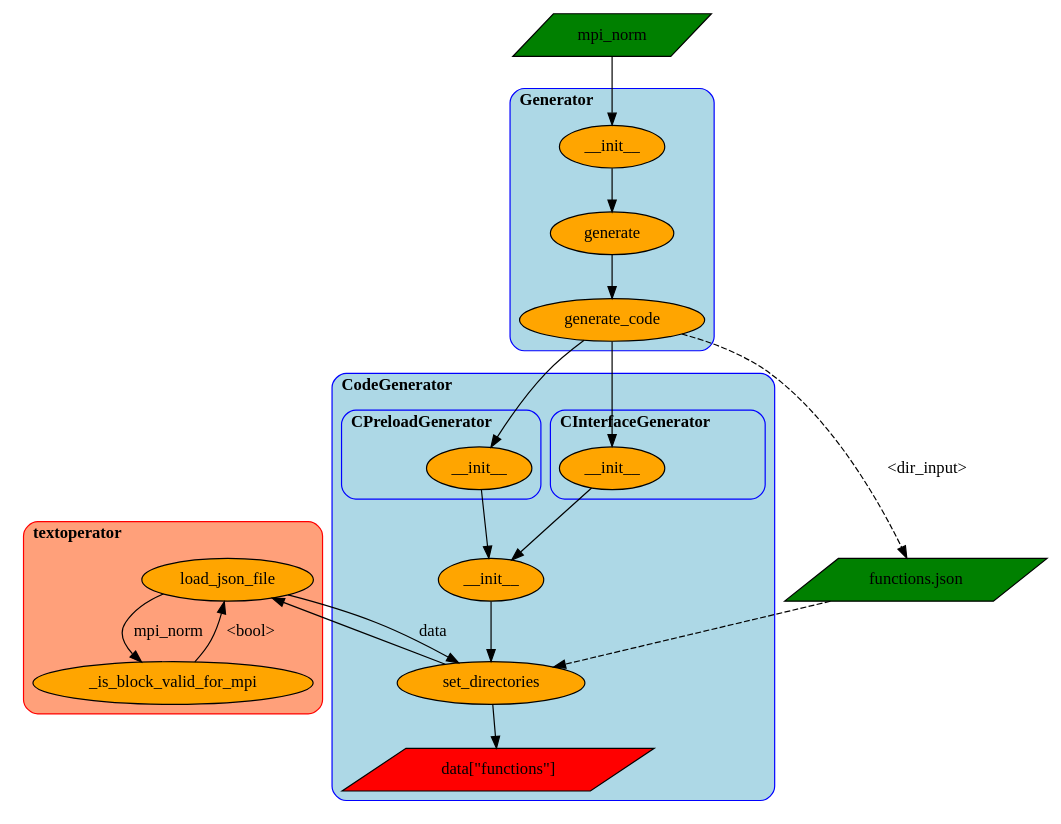
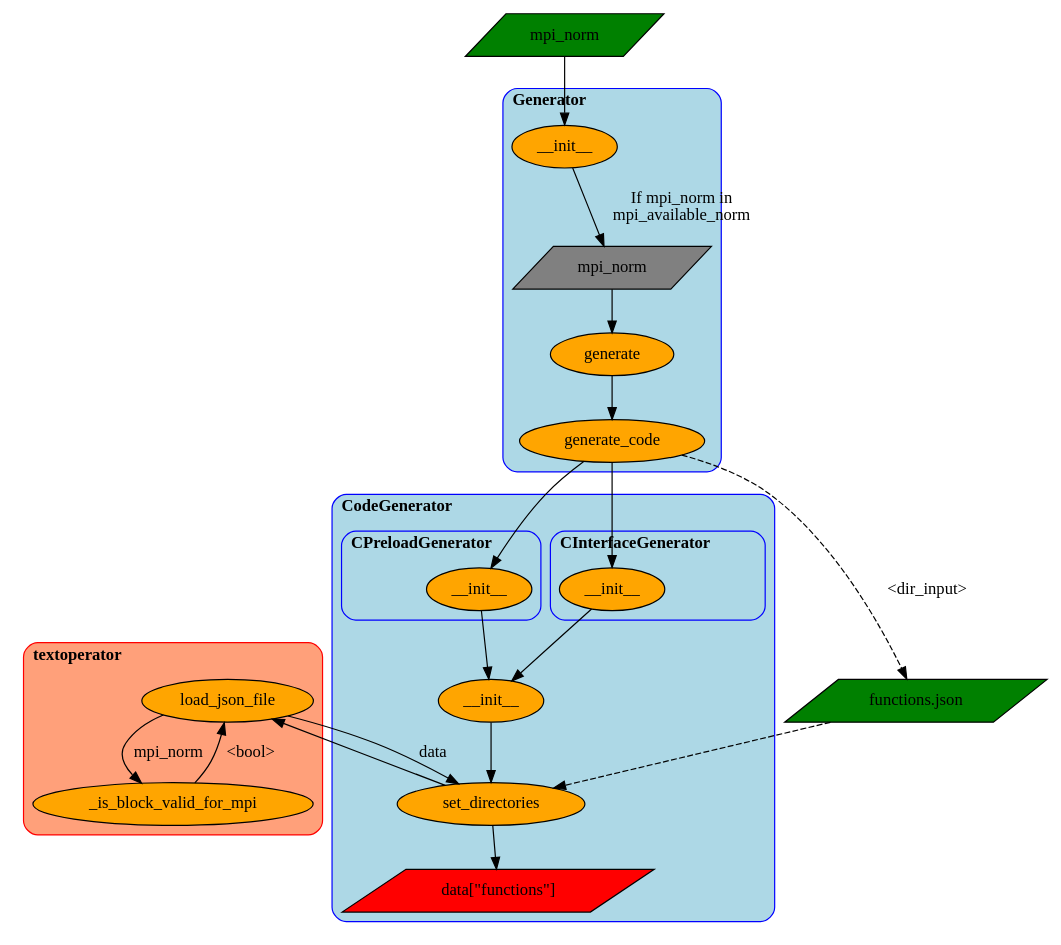
The diagram in doc/source/generator_guide/mpi_norm_workflow.dot (cea-hpc/wi4mpi), drawn with Graphviz before and after one commit. The commit also changed 16 other files, not shown here.

Commit message:
[doc][add](source/generator_guide): graphviz dot script to descrbe header workflow

```diff
--- a/doc/source/generator_guide/mpi_norm_workflow.dot
+++ b/doc/source/generator_guide/mpi_norm_workflow.dot
@@ -1,98 +1,101 @@
 digraph mpi_norm_workflow {
 
     rankdir=TB;  // Orientation from top to bottom
 
     // Classes definition:
     subgraph cluster_class_Generator {
             label=<<B>Generator</B>>;
             labeljust="l";
             color=blue;
             style=rounded;
             bgcolor=lightblue;
 
+            // Test
+            node [shape=parallelogram, style=filled, fillcolor=grey];
+            Generator_mpi_norm [label="mpi_norm"];
             // Method definition: ellipse
             node [shape=ellipse, style=filled, fillcolor=orange];
             Generator__init__ [label="__init__"];
             Generator_generate [label="generate"];
             Generator_generate_code [label="generate_code"];
-            Generator__init__ -> Generator_generate;
+            Generator__init__ -> Generator_mpi_norm [label="If mpi_norm in\n mpi_available_norm"];
+            Generator_mpi_norm -> Generator_generate;
             Generator_generate -> Generator_generate_code;
     }
 
-
     subgraph cluster_class_CodeGenerator {
-            label=<<B>CodeGenerator</B>>; 
+            label=<<B>CodeGenerator</B>>;
             labeljust="l";
             color=blue;
             style=rounded;
             bgcolor=lightblue;
 
             // Method definition: ellipse
             node [shape=ellipse, style=filled, fillcolor=orange];
             CodeGenerator_set_directories [label="set_directories"];
             CodeGenerator__init__ [label="__init__"];
             // Output: parallelogram
             node [shape=parallelogram, style=filled, fillcolor=red];
             CodeGenerator_data_functions [label="data[\"functions\"]"];
     subgraph cluster_class_CPreloadGenerator {
             label=<<B>CPreloadGenerator</B>>;
             labeljust="l";
             color=blue;
             style=rounded;
             bgcolor=lightblue;
 
             // Method definition: ellipse
             node [shape=ellipse, style=filled, fillcolor=orange];
             CPreloadGenerator__init__ [label="__init__"];
     }
 
     subgraph cluster_class_CInterfaceGenerator {
             label=<<B>CInterfaceGenerator</B>>;
             labeljust="l";
             color=blue;
             style=rounded;
             bgcolor=lightblue;
 
             // Method definition: ellipse
             node [shape=ellipse, style=filled, fillcolor=orange];
             CInterfaceGenerator__init__ [label="__init__"];
     }
     }
 
     // Module definition: rectangle
     subgraph cluster_module_textoperator {
             label=<<B>textoperator</B>>;
             labeljust="l";
             color=red;
             style=rounded;
             bgcolor=lightsalmon;
 
             // Method definition: ellipse
             node [shape=ellipse, style=filled, fillcolor=orange];
             textoperator_load_json_file [label="load_json_file"];
             textoperator_is_block_valid_for_mpi [label="_is_block_valid_for_mpi"];
     }
 
     // Input: parallelogram
     node [shape=parallelogram, style=filled, fillcolor=green];
     functions_json [label="functions.json"];
     mpi_norm [shape=parallelogram];
 
     // Functionnal relationship
     Generator_generate_code -> CPreloadGenerator__init__;
     Generator_generate_code -> CInterfaceGenerator__init__;
     CPreloadGenerator__init__ -> CodeGenerator__init__;
     CInterfaceGenerator__init__ -> CodeGenerator__init__;
     CodeGenerator__init__ -> CodeGenerator_set_directories;
     CodeGenerator_set_directories ->  textoperator_load_json_file;
     textoperator_load_json_file -> textoperator_is_block_valid_for_mpi [label=mpi_norm];
     textoperator_is_block_valid_for_mpi -> textoperator_load_json_file [label="<bool>"];
 
     // Data Flow
     mpi_norm -> Generator__init__;
     Generator_generate_code -> functions_json  [label="<dir_input>", style=dashed];
     functions_json -> CodeGenerator_set_directories [style=dashed];
     textoperator_load_json_file   -> CodeGenerator_set_directories [label="data"];
     CodeGenerator_set_directories -> CodeGenerator_data_functions;
 
 }
```
